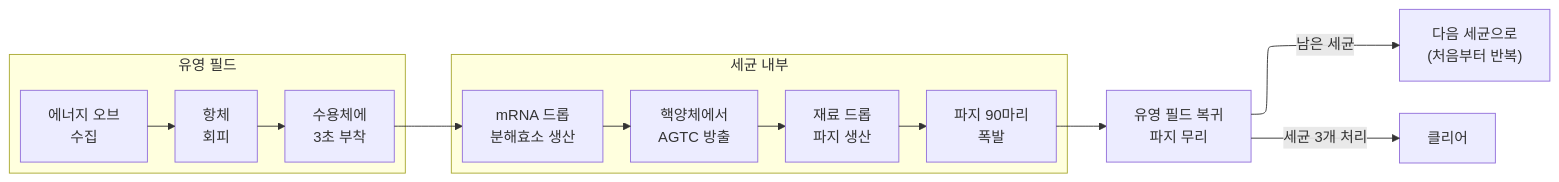
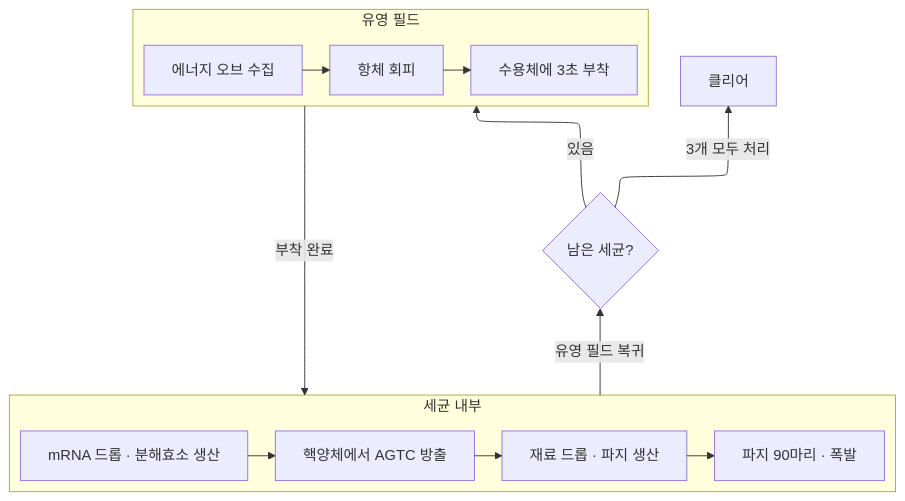
Before and after one commit to Lets-Gitit/portfolio: the first of 8 diagrams in src/0-super-phage/기술 문서.md, drawn with Mermaid.

Commit message:
다이어그램 개선

````diff
--- a/src/0-super-phage/기술 문서.md
+++ b/src/0-super-phage/기술 문서.md
@@ -57,17 +57,19 @@
 ```mermaid
 ---
 config:
   layout: elk
 ---
-flowchart LR
+flowchart BT
     subgraph Swim["유영 필드"]
-        A["에너지 오브<br/>수집"] --> B["항체<br/>회피"] --> C["수용체에<br/>3초 부착"]
+        direction LR
+        A["에너지 오브 수집"] --> B["항체 회피"] --> C["수용체에 3초 부착"]
     end
     subgraph Bac["세균 내부"]
-        D["mRNA 드롭<br/>분해효소 생산"] --> E["핵양체에서<br/>AGTC 방출"] --> F["재료 드롭<br/>파지 생산"] --> G["파지 90마리<br/>폭발"]
+        direction LR
+        D["mRNA 드롭 · 분해효소 생산"] --> E["핵양체에서 AGTC 방출"] --> F["재료 드롭 · 파지 생산"] --> G["파지 90마리 · 폭발"]
     end
-    C --> D
-    G --> H["유영 필드 복귀<br/>파지 무리"]
-    H -->|"남은 세균"| R["다음 세균으로<br/>(처음부터 반복)"]
-    H -->|"세균 3개 처리"| I["클리어"]
+    Swim -->|"부착 완료"| Bac
+    Bac -->|"유영 필드 복귀"| Q{"남은 세균?"}
+    Q -->|"있음"| Swim
+    Q -->|"3개 모두 처리"| I["클리어"]
 ```
````
